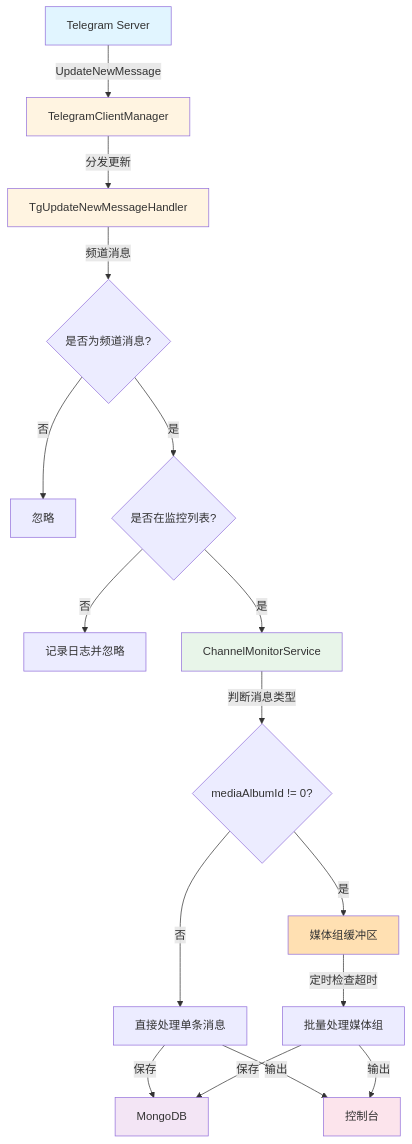
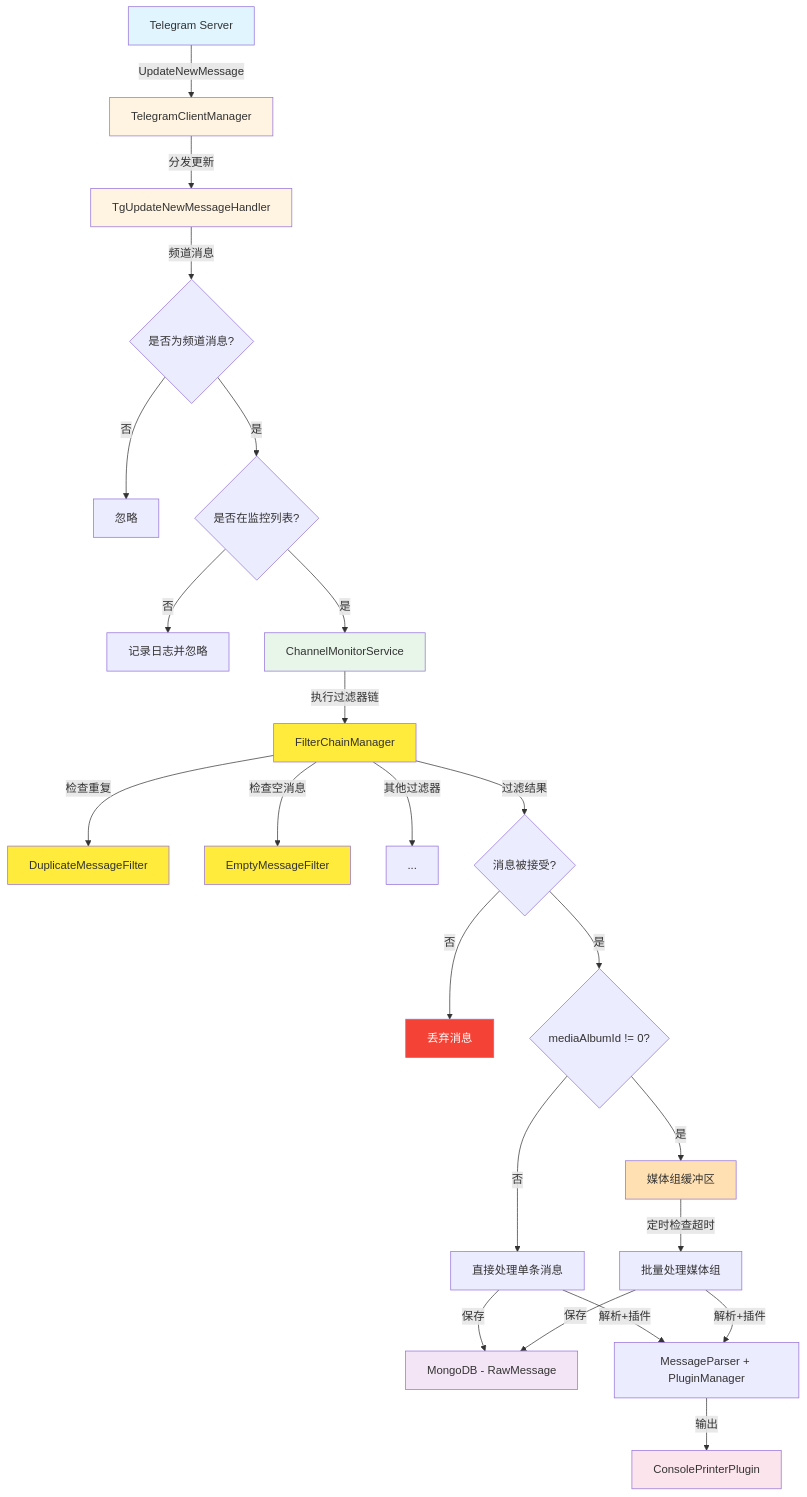
The first of 14 diagrams in docs/消息处理流程图.md (tianlovo/CocoMonyaB), drawn with Mermaid before and after one commit. The commit also changed other lines of this file and 17 other files, not shown here.

````diff
--- a/docs/消息处理流程图.md
+++ b/docs/消息处理流程图.md
@@ -7,26 +7,37 @@
 ```mermaid
 graph TB
     A[Telegram Server] -->|UpdateNewMessage| B[TelegramClientManager]
     B -->|分发更新| C[TgUpdateNewMessageHandler]
     C -->|频道消息| D{是否为频道消息?}
     D -->|否| E[忽略]
     D -->|是| F{是否在监控列表?}
     F -->|否| G[记录日志并忽略]
     F -->|是| H[ChannelMonitorService]
-    H -->|判断消息类型| I{mediaAlbumId != 0?}
+    H -->|执行过滤器链| FC[FilterChainManager]
+    FC -->|检查重复| FD[DuplicateMessageFilter]
+    FC -->|检查空消息| FE[EmptyMessageFilter]
+    FC -->|其他过滤器| FF[...]
+    FC -->|过滤结果| FG{消息被接受?}
+    FG -->|否| FH[丢弃消息]
+    FG -->|是| I{mediaAlbumId != 0?}
     I -->|是| J[媒体组缓冲区]
     I -->|否| K[直接处理单条消息]
     J -->|定时检查超时| L[批量处理媒体组]
-    K -->|保存| M[MongoDB]
+    K -->|保存| M[MongoDB - RawMessage]
     L -->|保存| M
-    K -->|输出| N[控制台]
-    L -->|输出| N
+    K -->|解析+插件| N[MessageParser + PluginManager]
+    L -->|解析+插件| N
+    N -->|输出| O[ConsolePrinterPlugin]
     
     style A fill:#e1f5ff
     style B fill:#fff4e1
     style C fill:#fff4e1
     style H fill:#e8f5e9
+    style FC fill:#ffeb3b
+    style FD fill:#ffeb3b
+    style FE fill:#ffeb3b
     style J fill:#ffe0b2
     style M fill:#f3e5f5
-    style N fill:#fce4ec
+    style O fill:#fce4ec
+    style FH fill:#f44336,color:#fff
 ```
````
